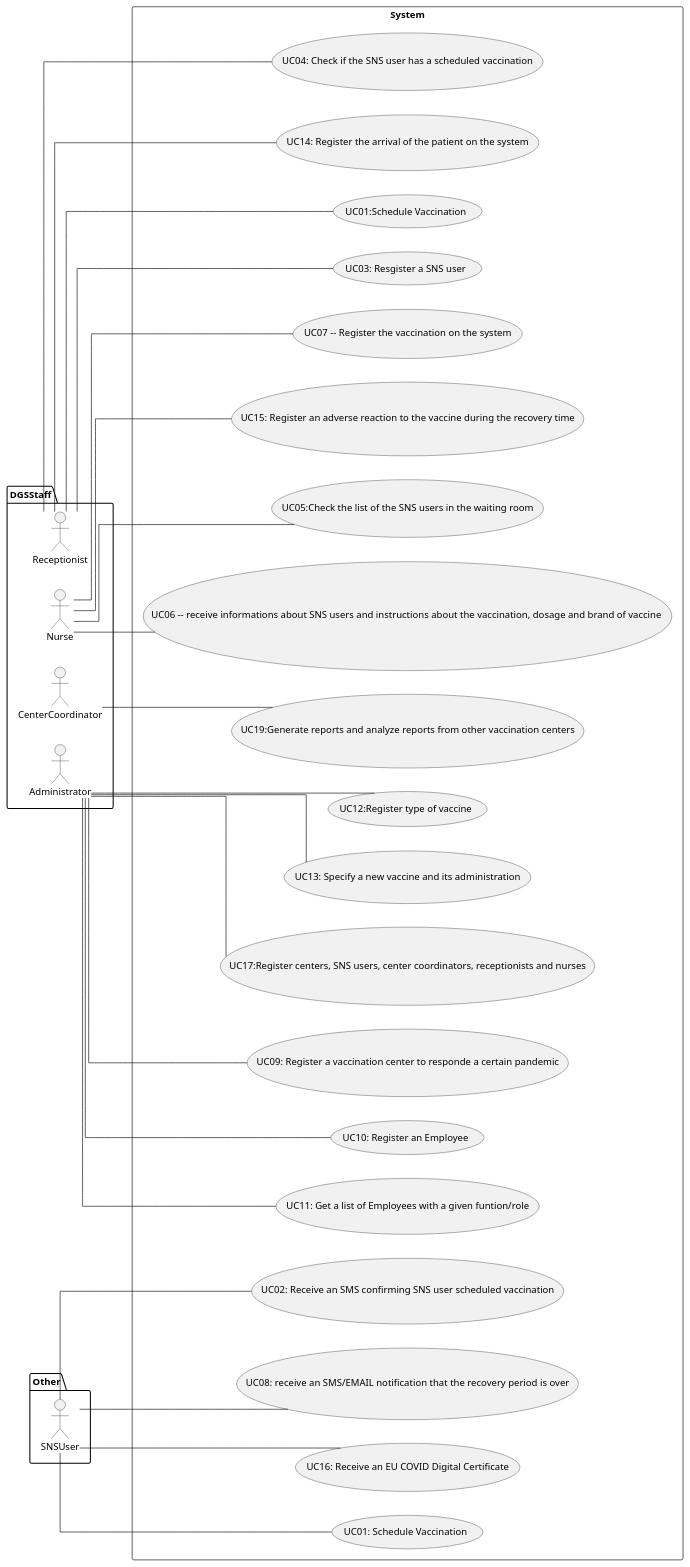
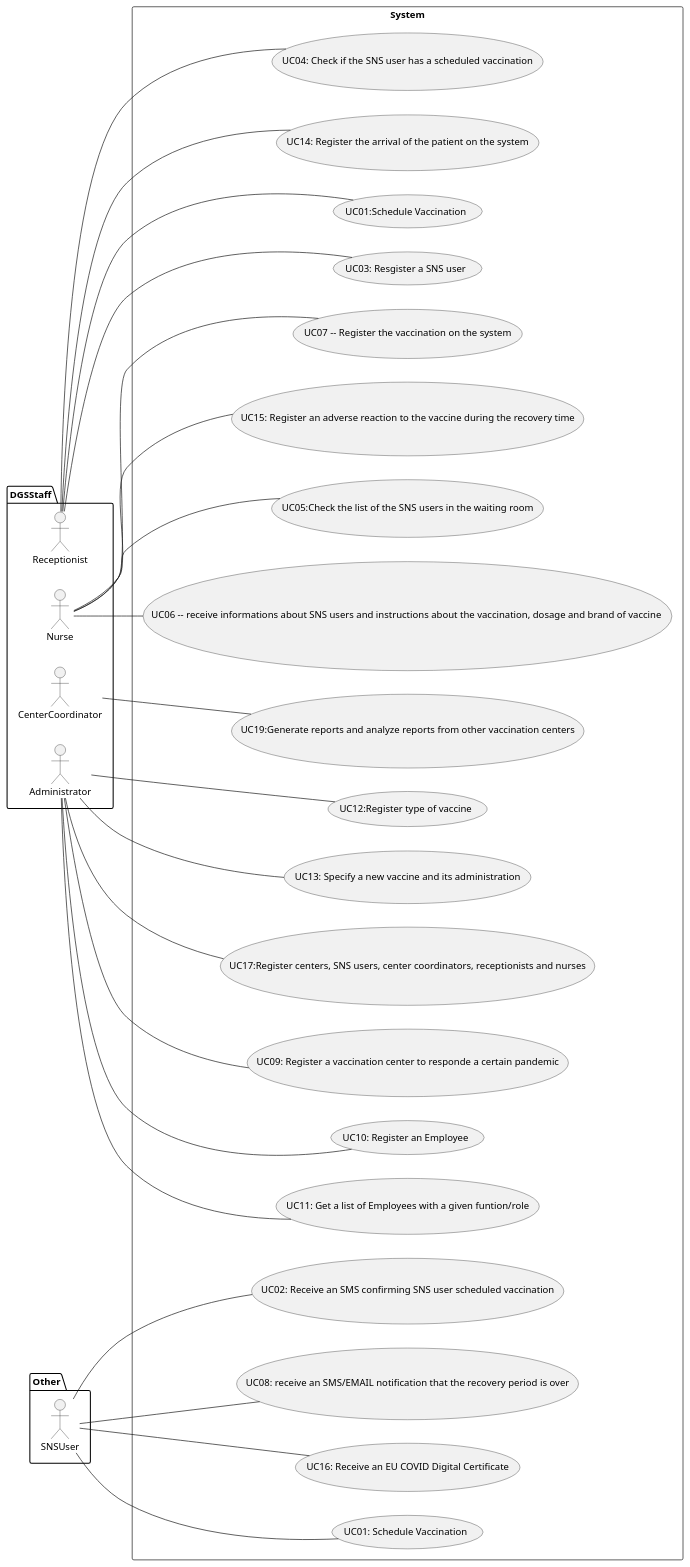
The diagram in docs/SprintB/UCD.puml (osnilas/SNSsystem), drawn with PlantUML before and after one commit. The commit also changed 4 other files, not shown here.

```diff
--- a/docs/SprintB/UCD.puml
+++ b/docs/SprintB/UCD.puml
@@ -1,39 +1,38 @@
 @startuml
-skinparam linetype ortho
 left to right direction
 
 package DGSStaff {
   actor Receptionist
   actor Nurse
   actor CenterCoordinator
   actor Administrator
 
 }
 package Other {
 actor SNSUser
 }
 
 rectangle System {
 
         Receptionist -- (UC03: Resgister a SNS user)
         Receptionist -- (UC04: Check if the SNS user has a scheduled vaccination)
         Receptionist -- (UC14: Register the arrival of the patient on the system)
         SNSUser -- (UC01: Schedule Vaccination)
         SNSUser -- (UC02: Receive an SMS confirming SNS user scheduled vaccination)
         Nurse -- (UC05:Check the list of the SNS users in the waiting room)
         CenterCoordinator  -- (UC19:Generate reports and analyze reports from other vaccination centers)
         Administrator -- (UC09: Register a vaccination center to responde a certain pandemic)
         Administrator -- (UC10: Register an Employee)
         Administrator -- (UC11: Get a list of Employees with a given funtion/role)
         Administrator -- (UC12:Register type of vaccine)
         Administrator -- (UC13: Specify a new vaccine and its administration)
         Administrator -- (UC17:Register centers, SNS users, center coordinators, receptionists and nurses)
         Nurse -- (UC06 -- receive informations about SNS users and instructions about the vaccination, dosage and brand of vaccine )
         Nurse -- (UC07 -- Register the vaccination on the system)
         SNSUser-- (UC08: receive an SMS/EMAIL notification that the recovery period is over)
         Nurse -- (UC15: Register an adverse reaction to the vaccine during the recovery time)
         SNSUser-- (UC16: Receive an EU COVID Digital Certificate)
         Receptionist -- (UC01:Schedule Vaccination)
 
    }
 @enduml
```
